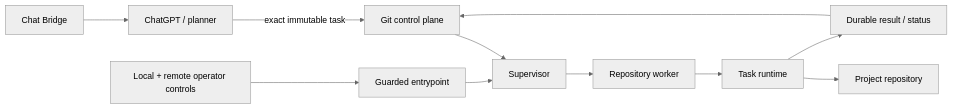
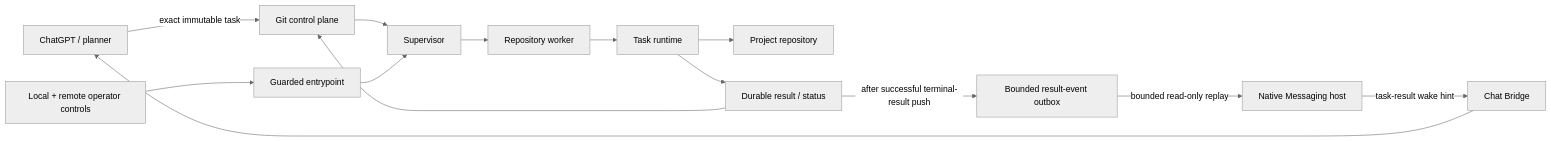
The first of 3 diagrams in docs/ARCHITECTURE.md (MichalMatu/local-agent), drawn with Mermaid (neutral theme) before and after one commit. The commit also changed other lines of this file, not shown here.

Commit message:
Document event-wake architecture ownership

````diff
--- a/docs/ARCHITECTURE.md
+++ b/docs/ARCHITECTURE.md
@@ -9,24 +9,29 @@
 ```mermaid
 flowchart LR
     Planner["ChatGPT / planner"]
     Bridge["Chat Bridge"]
+    Native["Native Messaging host"]
+    EventOutbox["Bounded result-event outbox"]
     Control["Git control plane"]
     Entry["Guarded entrypoint"]
     Supervisor["Supervisor"]
     Worker["Repository worker"]
     Runtime["Task runtime"]
     Repo["Project repository"]
     Results["Durable result / status"]
     Operator["Local + remote operator controls"]
 
     Bridge --> Planner
     Planner -->|exact immutable task| Control
     Control --> Supervisor
     Operator --> Entry
     Entry --> Supervisor
     Supervisor --> Worker
     Worker --> Runtime
     Runtime --> Repo
     Runtime --> Results
     Results --> Control
+    Results -->|after successful terminal-result push| EventOutbox
+    EventOutbox -->|bounded read-only replay| Native
+    Native -->|task-result wake hint| Bridge
 ```
````
